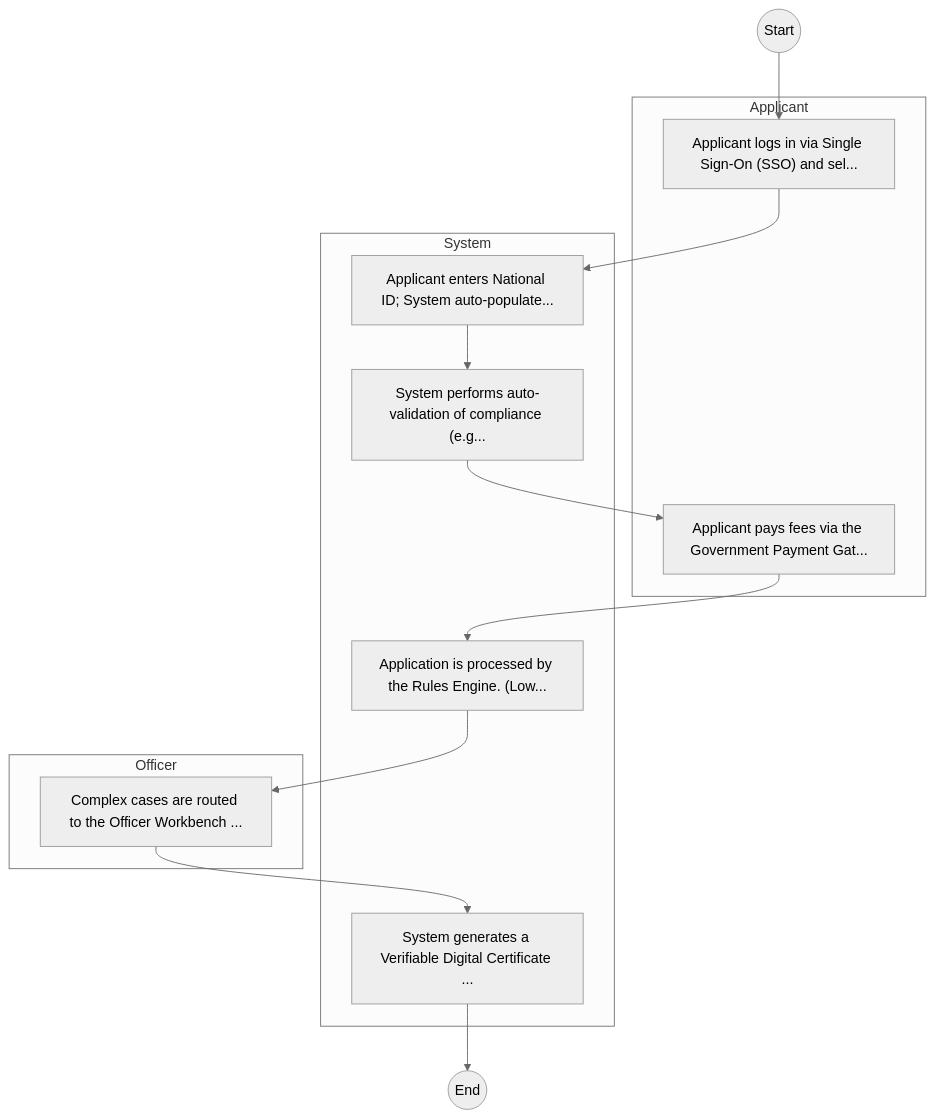
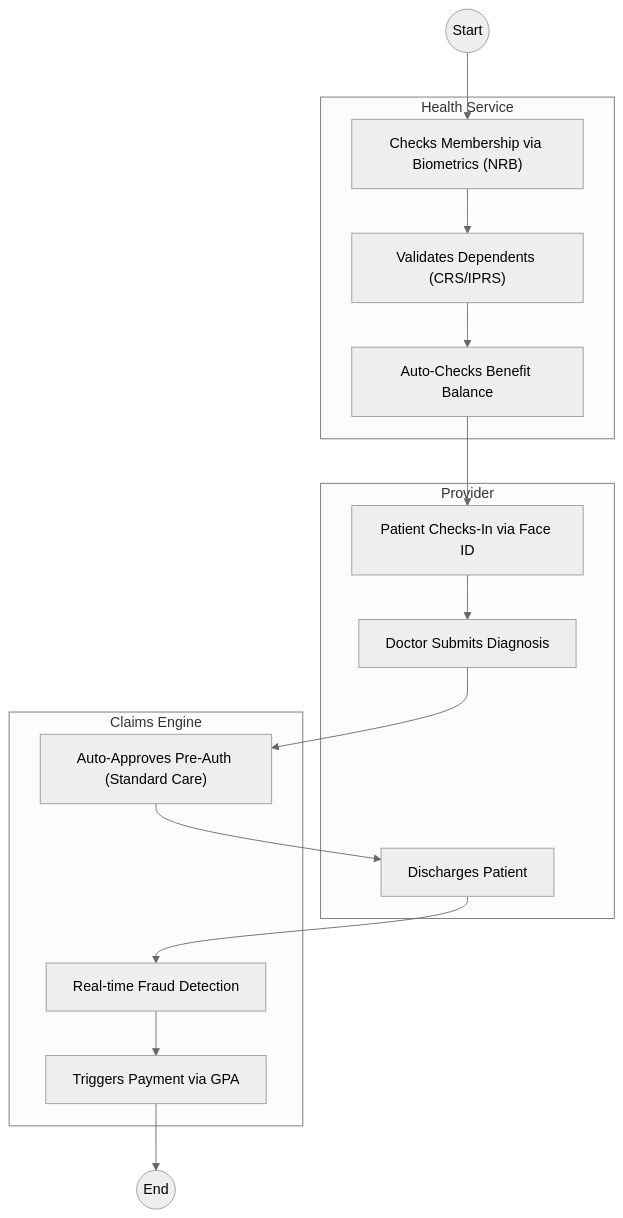
The second of 2 diagrams in mdas/docs_final/National_Health_Insurance_Fund___Service_Delivery.md (BITZ-IT-Consulting-LTD/ictapoc), drawn with Mermaid (neutral theme) before and after one commit. The commit also changed other lines of this file and 60 other files, not shown here.

````diff
--- a/mdas/docs_final/National_Health_Insurance_Fund___Service_Delivery.md
+++ b/mdas/docs_final/National_Health_Insurance_Fund___Service_Delivery.md
@@ -105,24 +131,29 @@
 ```mermaid
 graph TD
     Start((Start)) --> S1
-    subgraph Applicant [Applicant]
-        S1["Applicant logs in via Single Sign-On (SSO) and sel..."]
-        S4["Applicant pays fees via the Government Payment Gat..."]
+    subgraph WoG_Platform [Health Service]
+        S1["Checks Membership via Biometrics (NRB)"]
+        S2["Validates Dependents (CRS/IPRS)"]
+        S3["Auto-Checks Benefit Balance"]
     end
-    subgraph System [System]
-        S2["Applicant enters National ID; System auto-populate..."]
-        S3["System performs auto-validation of compliance (e.g..."]
-        S5["Application is processed by the Rules Engine. (Low..."]
-        S7["System generates a Verifiable Digital Certificate ..."]
+    subgraph Hospital [Provider]
+        S4["Patient Checks-In via Face ID"]
+        S5["Doctor Submits Diagnosis"]
+        S6["Discharges Patient"]
     end
-    subgraph Officer [Officer]
-        S6["Complex cases are routed to the Officer Workbench ..."]
+    subgraph SHA_AI [Claims Engine]
+        S7["Auto-Approves Pre-Auth (Standard Care)"]
+        S8["Real-time Fraud Detection"]
+        S9["Triggers Payment via GPA"]
     end
+    
     S1 --> S2
     S2 --> S3
     S3 --> S4
     S4 --> S5
-    S5 --> S6
-    S6 --> S7
-    S7 --> End((End))
+    S5 --> S7
+    S7 --> S6
+    S6 --> S8
+    S8 --> S9
+    S9 --> End((End))
 ```
````
